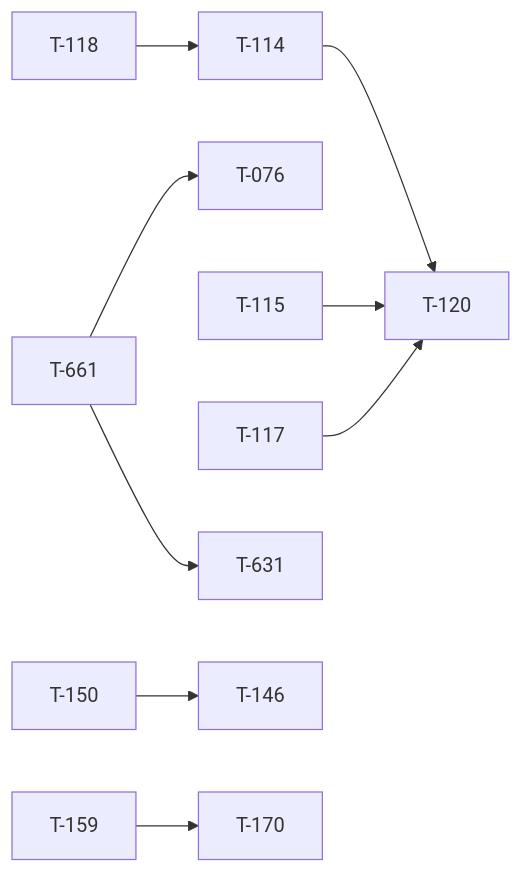
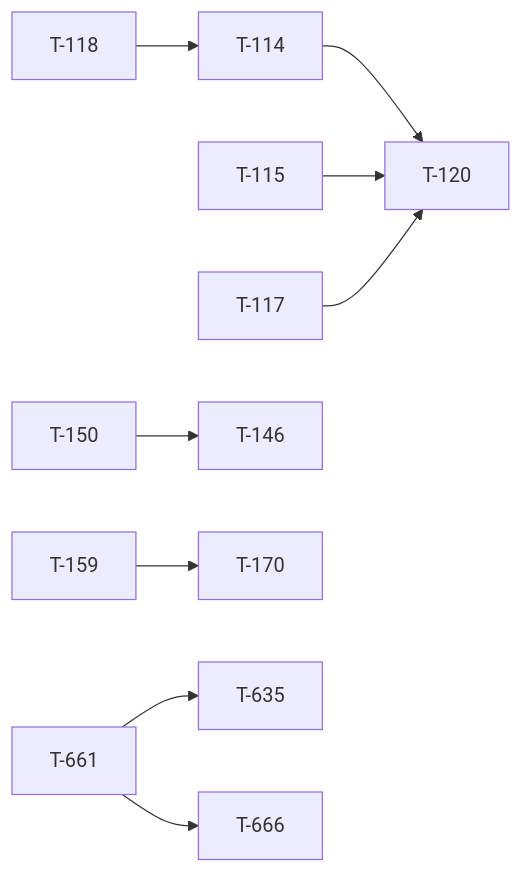
Before and after one commit to darkforce09/TBD-reforger: the diagram in docs/TICKET_LEAD.md, drawn with Mermaid. The commit also changed other lines of this file and 8 other files, not shown here.

````diff
--- a/docs/TICKET_LEAD.md
+++ b/docs/TICKET_LEAD.md
@@ -28,11 +28,11 @@
 ```mermaid
 flowchart LR
-  T661[T-661] --> T076[T-076]
   T118[T-118] --> T114[T-114]
   T114[T-114] --> T120[T-120]
   T115[T-115] --> T120[T-120]
   T117[T-117] --> T120[T-120]
   T150[T-150] --> T146[T-146]
   T159[T-159] --> T170[T-170]
-  T661[T-661] --> T631[T-631]
+  T661[T-661] --> T635[T-635]
+  T661[T-661] --> T666[T-666]
 ```
````
